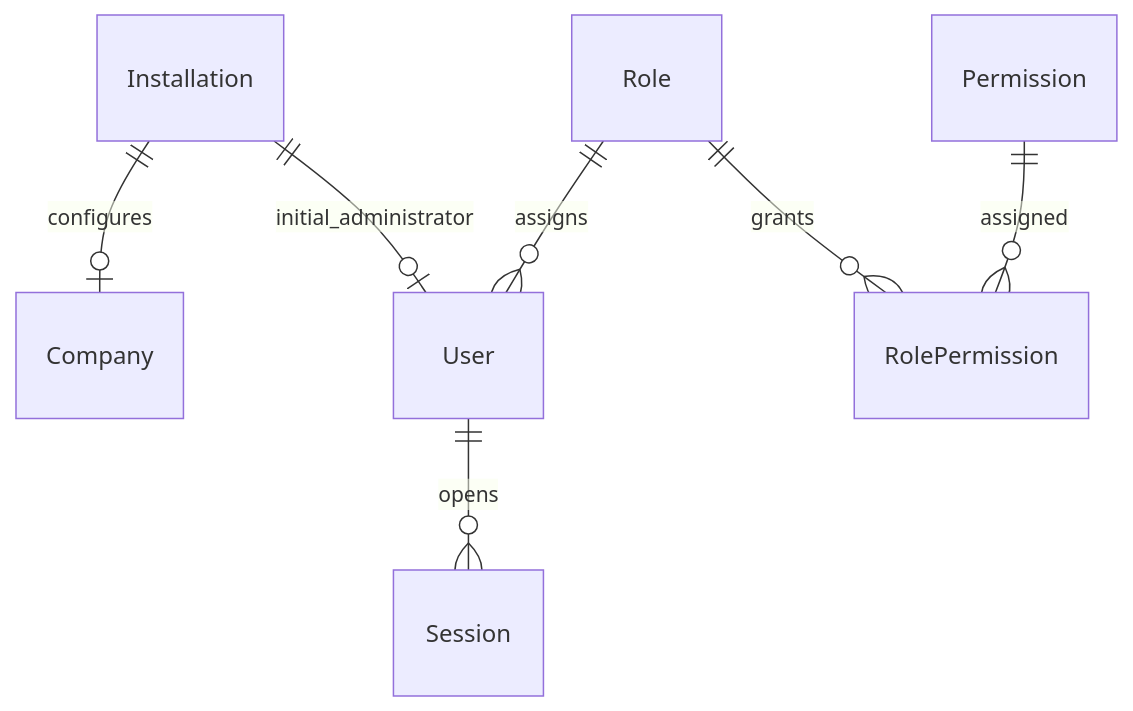
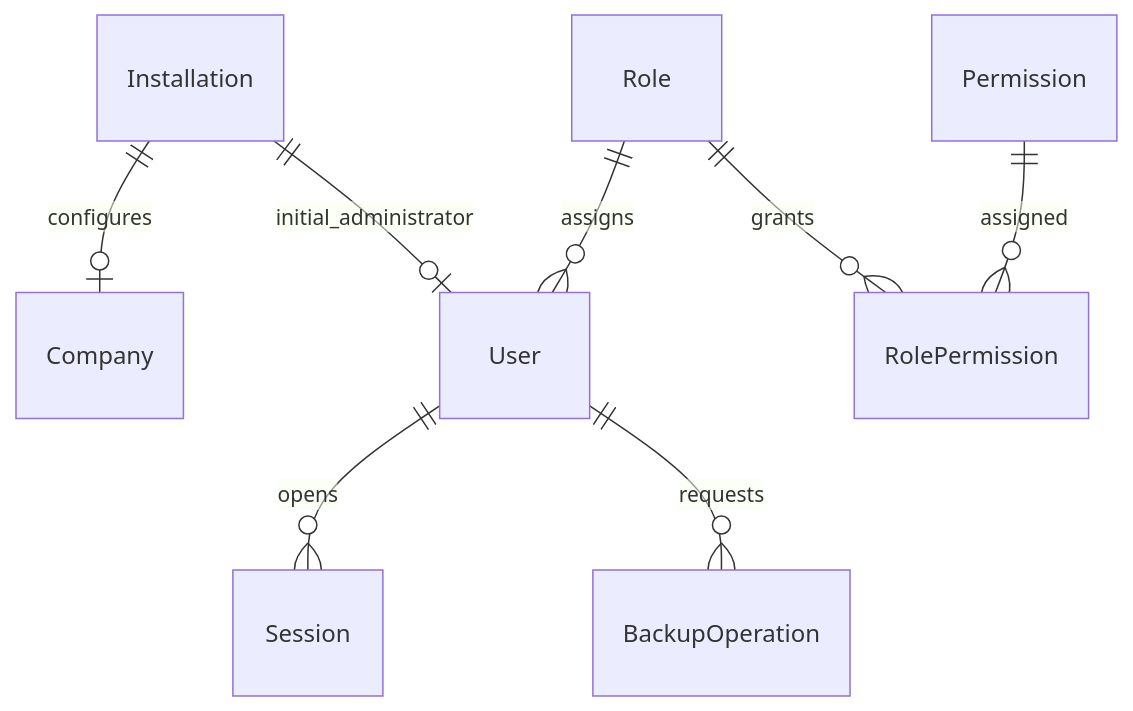
One commit to albertocs3/crigestion changed the diagram in docs/plataforma/05-modelo-fisico-datos.md. Above: the diagram before and after it, drawn with Mermaid. The commit also changed other lines of this file and 11 other files, not shown here.

````diff
--- a/docs/plataforma/05-modelo-fisico-datos.md
+++ b/docs/plataforma/05-modelo-fisico-datos.md
@@ -46,9 +47,10 @@
 ```mermaid
 erDiagram
     Installation ||--o| Company : configures
     Installation ||--o| User : initial_administrator
     Role ||--o{ User : assigns
     User ||--o{ Session : opens
+    User ||--o{ BackupOperation : requests
     Role ||--o{ RolePermission : grants
     Permission ||--o{ RolePermission : assigned
 ```
````
